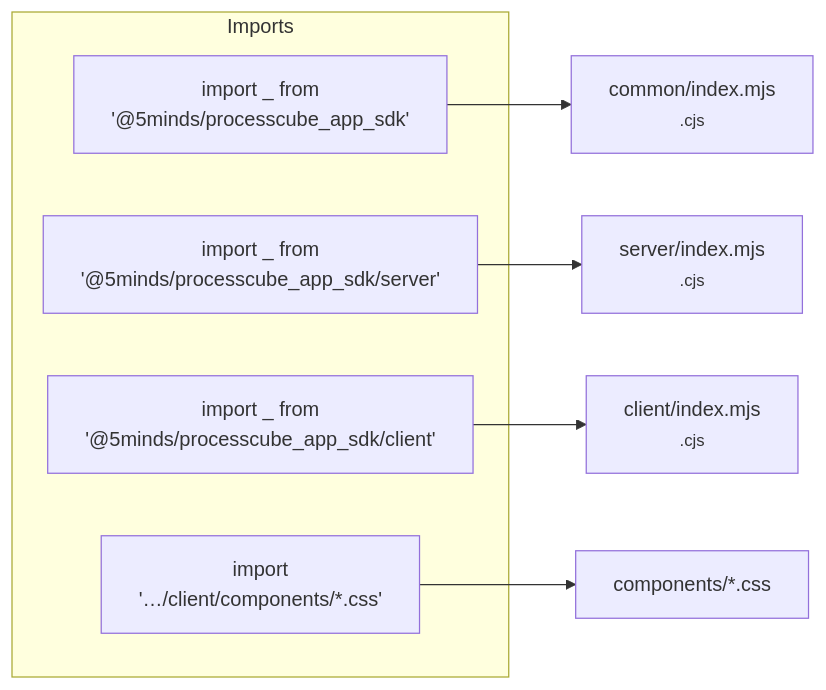
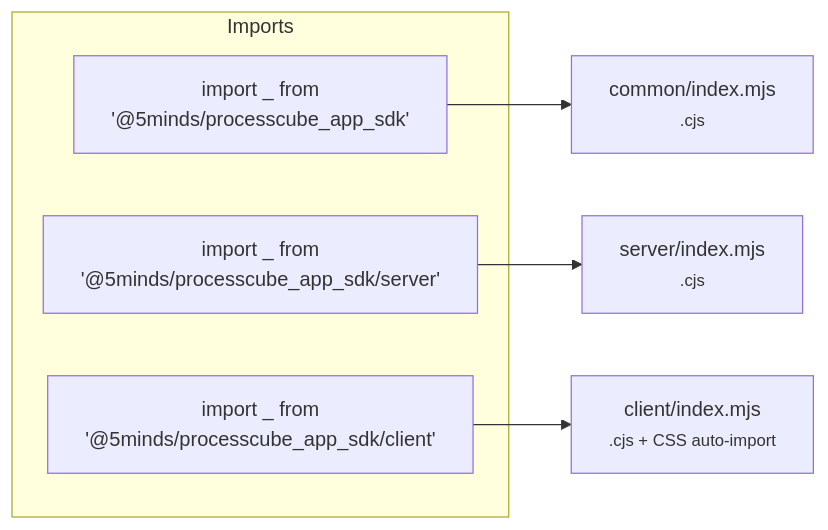
The second of 11 diagrams in README.md (5minds/ProcessCube.App.SDK), drawn with Mermaid before and after one commit. The commit also changed other lines of this file and 2 other files, not shown here.

First line of the commit message:
fix: preserve CSS imports in client runtime bundle

````diff
--- a/README.md
+++ b/README.md
@@ -48,14 +48,12 @@
 ```mermaid
 graph LR
   subgraph Imports
     I1["import _ from<br/>'@5minds/processcube_app_sdk'"]
     I2["import _ from<br/>'@5minds/processcube_app_sdk/server'"]
     I3["import _ from<br/>'@5minds/processcube_app_sdk/client'"]
-    I4["import<br/>'…/client/components/*.css'"]
   end
 
   I1 --> Common["common/index.mjs<br/><small>.cjs</small>"]
   I2 --> Server["server/index.mjs<br/><small>.cjs</small>"]
-  I3 --> Client["client/index.mjs<br/><small>.cjs</small>"]
-  I4 --> CSS["components/*.css"]
+  I3 --> Client["client/index.mjs<br/><small>.cjs + CSS auto-import</small>"]
 ```
````
